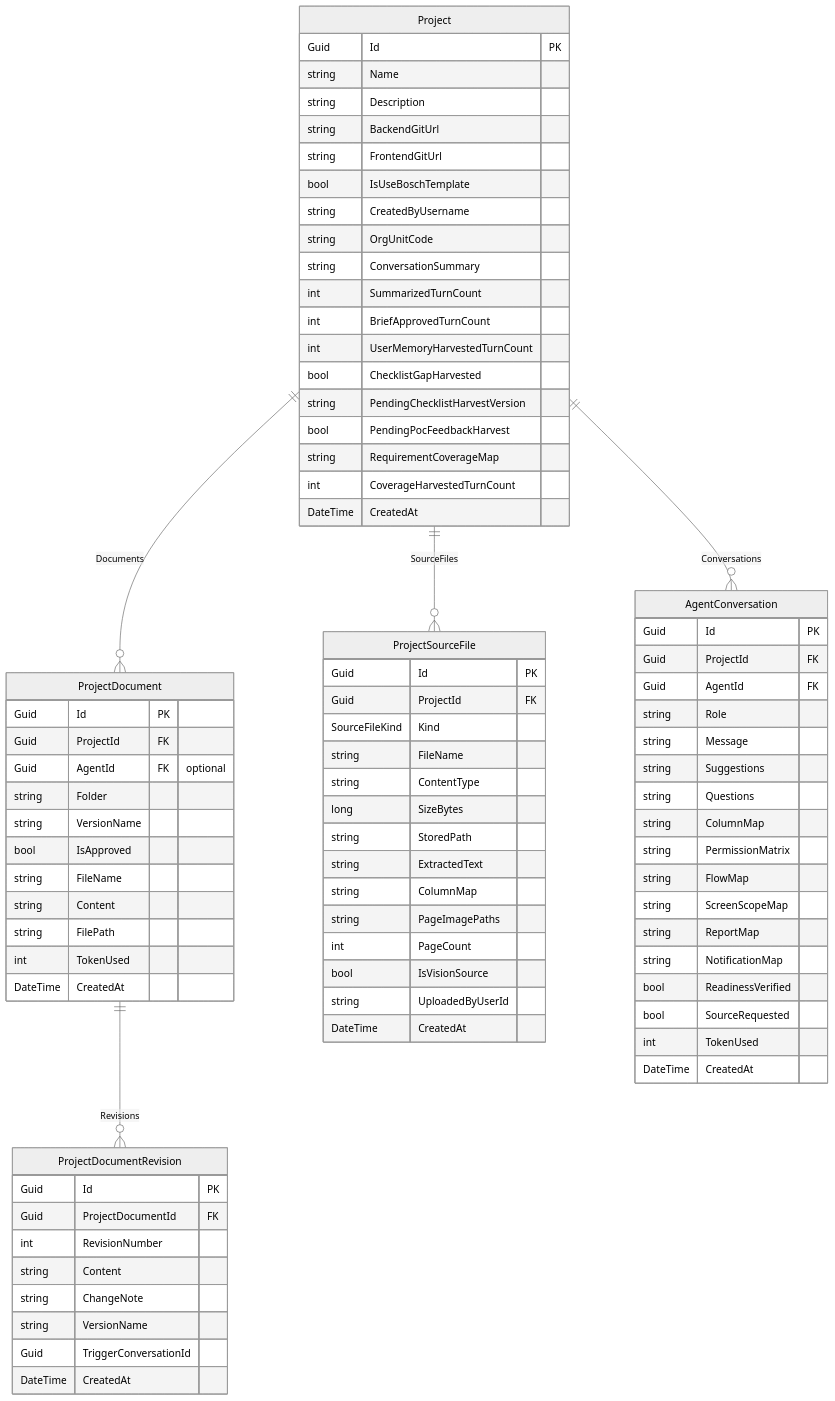
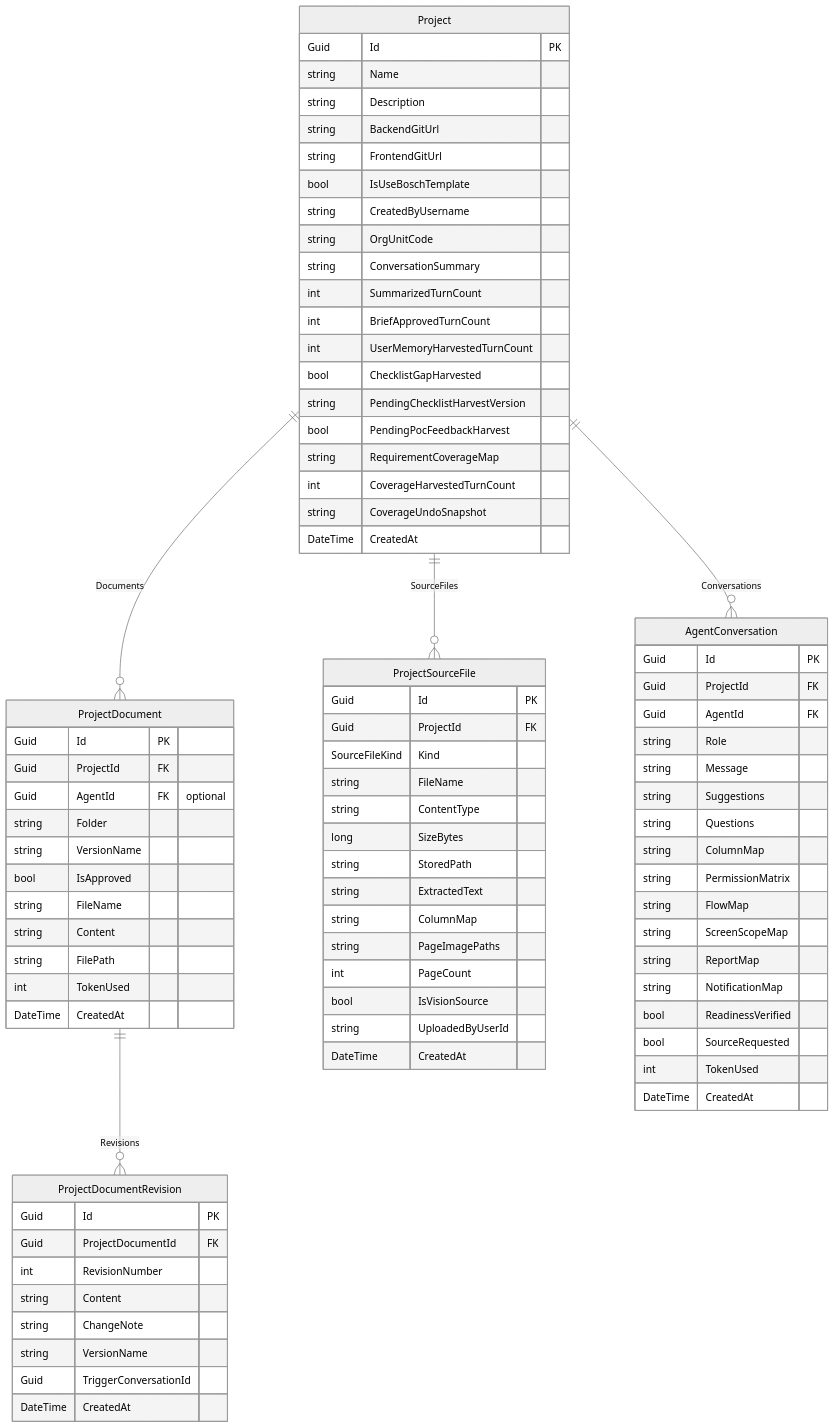
The second of 9 diagrams in docs/data-model.md (Songlong0506/ICOGenerator-v4), drawn with Mermaid (neutral theme) before and after one commit. The commit also changed other lines of this file and 18 other files, not shown here.

```diff
--- a/docs/data-model.md
+++ b/docs/data-model.md
@@ -114,6 +114,7 @@
         bool PendingPocFeedbackHarvest
         string RequirementCoverageMap
         int CoverageHarvestedTurnCount
+        string CoverageUndoSnapshot
         DateTime CreatedAt
     }
 
```
